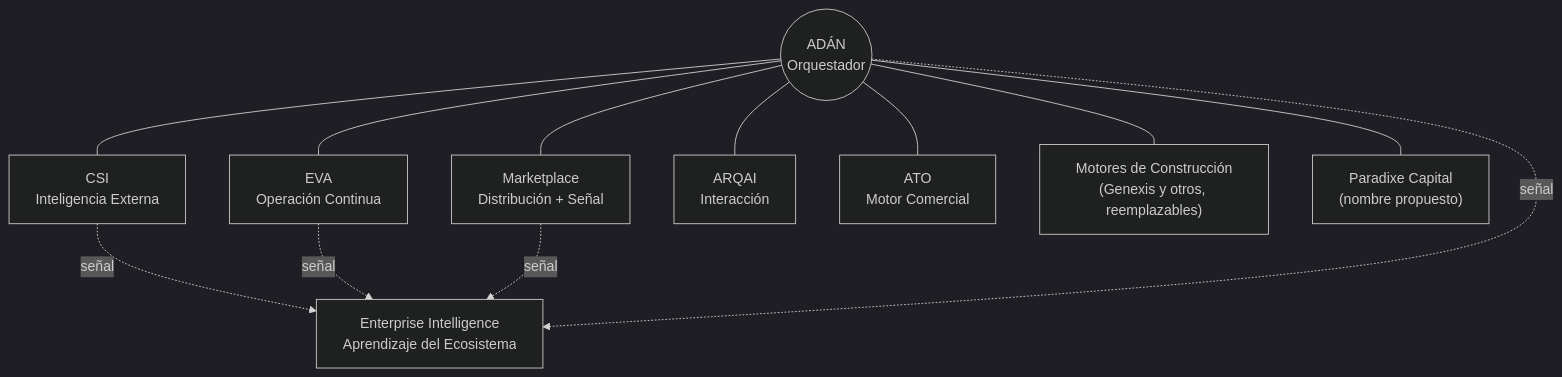
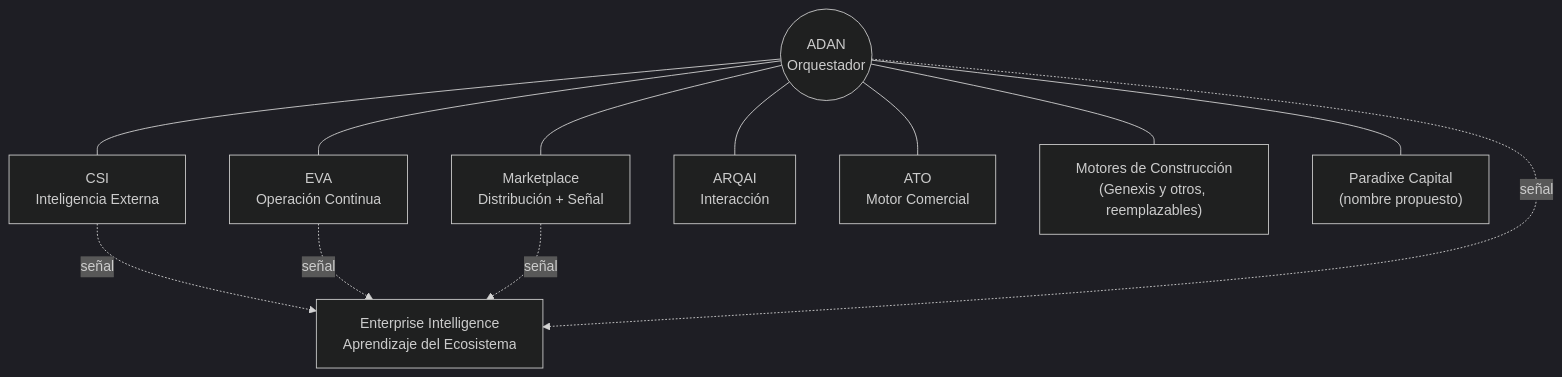
Before and after one commit to hernanjrestrepo/ADAN: the diagram in docs/wo-000/00-fundamentos/AD-000_Paradixe_Ecosystem_Vision_v1.0.md, drawn with Mermaid (dark theme). The commit also changed other lines of this file and 329 other files, not shown here.

````diff
--- a/docs/wo-000/00-fundamentos/AD-000_Paradixe_Ecosystem_Vision_v1.0.md
+++ b/docs/wo-000/00-fundamentos/AD-000_Paradixe_Ecosystem_Vision_v1.0.md
@@ -104,24 +104,24 @@
 ```mermaid
 graph TD
     CSI["CSI<br/>Inteligencia Externa"]
     MKT["Marketplace<br/>Distribución + Señal"]
     EVA["EVA<br/>Operación Continua"]
-    ADAN(("ADÁN<br/>Orquestador"))
+    ADAN(("ADAN<br/>Orquestador"))
     ARQAI["ARQAI<br/>Interacción"]
     ATO["ATO<br/>Motor Comercial"]
     GEN["Motores de Construcción<br/>(Genexis y otros, reemplazables)"]
     CAP["Paradixe Capital<br/>(nombre propuesto)"]
     EI["Enterprise Intelligence<br/>Aprendizaje del Ecosistema"]
 
     ADAN --- CSI
     ADAN --- MKT
     ADAN --- EVA
     ADAN --- ARQAI
     ADAN --- ATO
     ADAN --- GEN
     ADAN --- CAP
     CSI -.señal.-> EI
     EVA -.señal.-> EI
     MKT -.señal.-> EI
     ADAN -.señal.-> EI
 ```
````
